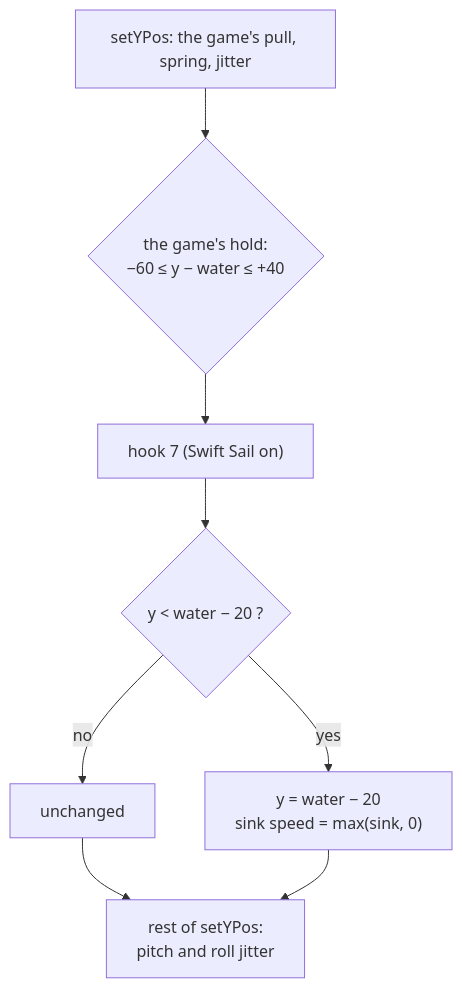
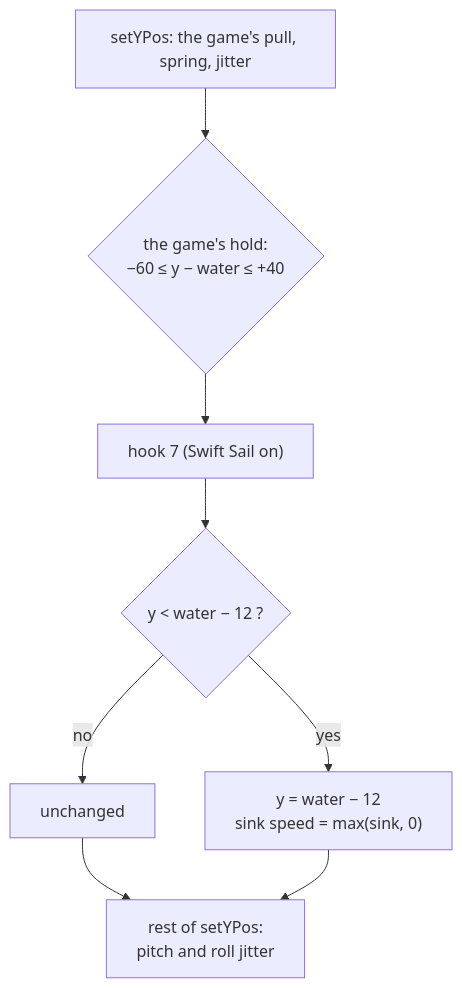
The second of 2 diagrams in docs/planning/2026-11-25-steady_sailing/TECH_PLAN.md (chrissotraidis/bluewake), drawn with Mermaid before and after one commit. The commit also changed other lines of this file and 6 other files, not shown here.

````diff
--- a/docs/planning/2026-11-25-steady_sailing/TECH_PLAN.md
+++ b/docs/planning/2026-11-25-steady_sailing/TECH_PLAN.md
@@ -108,10 +108,10 @@
 ```mermaid
 flowchart TD
     S["setYPos: the game's pull, spring, jitter"] --> H{"the game's hold:<br/>−60 ≤ y − water ≤ +40"}
     H --> K["hook 7 (Swift Sail on)"]
-    K --> Q{"y < water − 20 ?"}
+    K --> Q{"y < water − 12 ?"}
     Q -- no --> N["unchanged"]
-    Q -- yes --> Y["y = water − 20<br/>sink speed = max(sink, 0)"]
+    Q -- yes --> Y["y = water − 12<br/>sink speed = max(sink, 0)"]
     N --> R["rest of setYPos:<br/>pitch and roll jitter"]
     Y --> R
 ```
````
